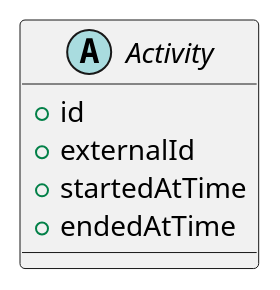
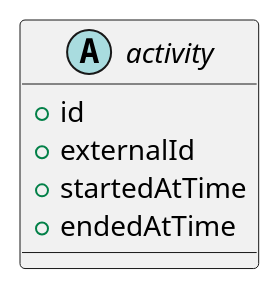
Before and after one commit to chronicleworks/chronicle: the diagram in docs/diagrams/include/activity.iuml, drawn with PlantUML. The commit also changed 12 other files, not shown here.

Commit message:
docs: align prov elements diagram format to chronicle-examples

```diff
--- a/docs/diagrams/include/activity.iuml
+++ b/docs/diagrams/include/activity.iuml
@@ -1,6 +1,6 @@
-abstract Activity {
+abstract activity {
     + id
     + externalId
     + startedAtTime
     + endedAtTime
 }
```
